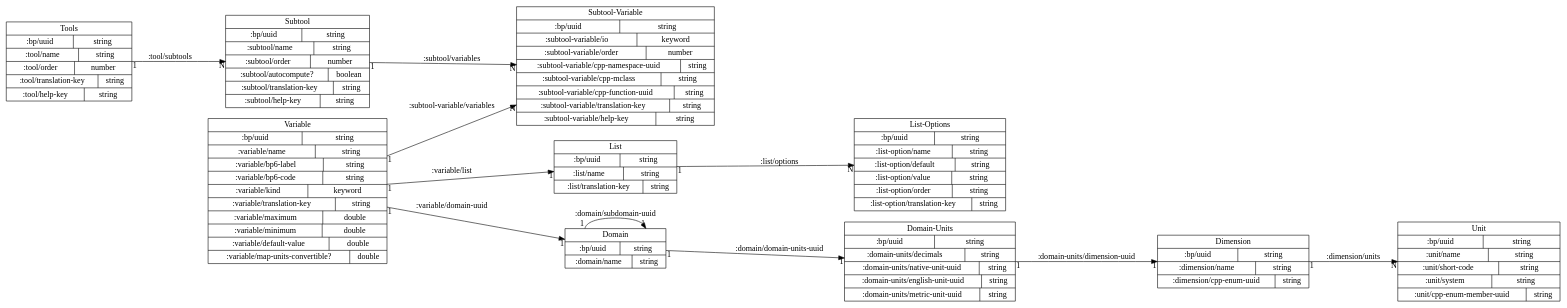
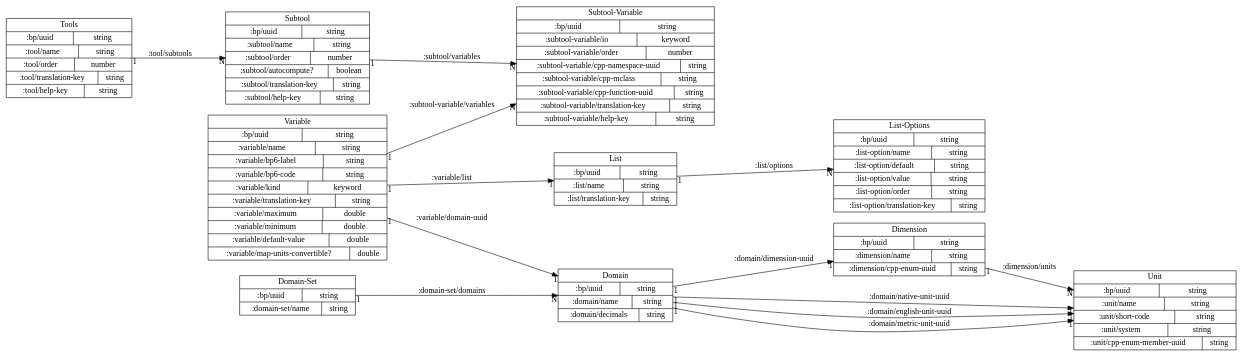
The diagram in README.org (firelab/behave-app), drawn with Graphviz before and after one commit. The commit also changed 5 other files, not shown here.

Commit message:
update schema and vms

```diff
--- a/README.org
+++ b/README.org
@@ -141,28 +141,28 @@
           |{ :unit/cpp-enum-member-uuid | string }
           "]
 
+    DomainSet [label="Domain-Set
+               |{ :bp/uuid         | string }
+               |{ :domain-set/name | string }
+               "]
+
     Domain [label="Domain
-            |{ :bp/uuid                 | string }
-            |{ :domain/name             | string }
+            |{ :bp/uuid               | string }
+            |{ :domain/name     | string }
+            |{ :domain/decimals | string }
             "]
 
-    DomainUnits [label="Domain-Units
-            |{ :bp/uuid                        | string }
-            |{ :domain-units/decimals          | string }
-            |{ :domain-units/native-unit-uuid  | string }
-            |{ :domain-units/english-unit-uuid | string }
-            |{ :domain-units/metric-unit-uuid  | string }
-            "]
-
-    Tool     -> SubTool         [label=":tool/subtools" taillabel=1 headlabel=N]
-    SubTool  -> SubToolVariable [label=":subtool/variables" taillabel=1 headlabel=N]
-    Variable -> SubToolVariable [label=":subtool-variable/variables" taillabel=1 headlabel=N]
-    Variable -> List            [label=":variable/list" taillabel=1 headlabel=1]
-    Variable -> Domain          [label=":variable/domain-uuid" taillabel=1 headlabel=1]
-    List -> ListOptions         [label=":list/options" taillabel=1 headlabel=N]
-    Dimension -> Unit           [label=":dimension/units" taillabel=1 headlabel=N]
-    Domain -> Domain            [label=":domain/subdomain-uuid" taillabel=1 headlabel=1]
-    Domain -> DomainUnits       [label=":domain/domain-units-uuid" taillabel=1 headlabel=1]
-    DomainUnits -> Dimension    [label=":domain-units/dimension-uuid" taillabel=1 headlabel=1]
+    Tool      -> SubTool         [label=":tool/subtools" taillabel=1 headlabel=N]
+    SubTool   -> SubToolVariable [label=":subtool/variables" taillabel=1 headlabel=N]
+    Variable  -> SubToolVariable [label=":subtool-variable/variables" taillabel=1 headlabel=N]
+    Variable  -> List            [label=":variable/list" taillabel=1 headlabel=1]
+    Variable  -> Domain          [label=":variable/domain-uuid" taillabel=1 headlabel=1]
+    List      -> ListOptions     [label=":list/options" taillabel=1 headlabel=N]
+    Dimension -> Unit            [label=":dimension/units" taillabel=1 headlabel=N]
+    DomainSet -> Domain          [label=":domain-set/domains" taillabel=1 headlabel=N]
+    Domain    -> Dimension       [label=":domain/dimension-uuid" taillabel=1 headlabel=1]
+    Domain    -> Unit            [label=":domain/native-unit-uuid" taillabel=1 headlabel=1]
+    Domain    -> Unit            [label=":domain/english-unit-uuid" taillabel=1 headlabel=1]
+    Domain    -> Unit            [label=":domain/metric-unit-uuid" taillabel=1 headlabel=1]
 }
 #+end_src
```
